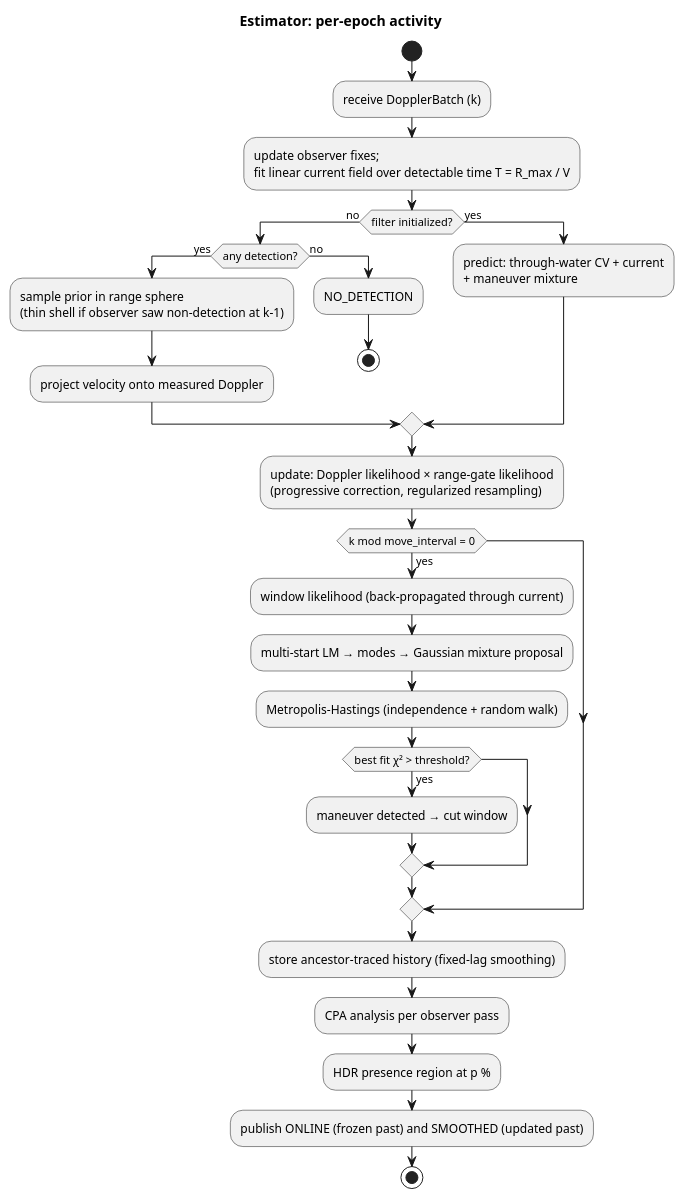
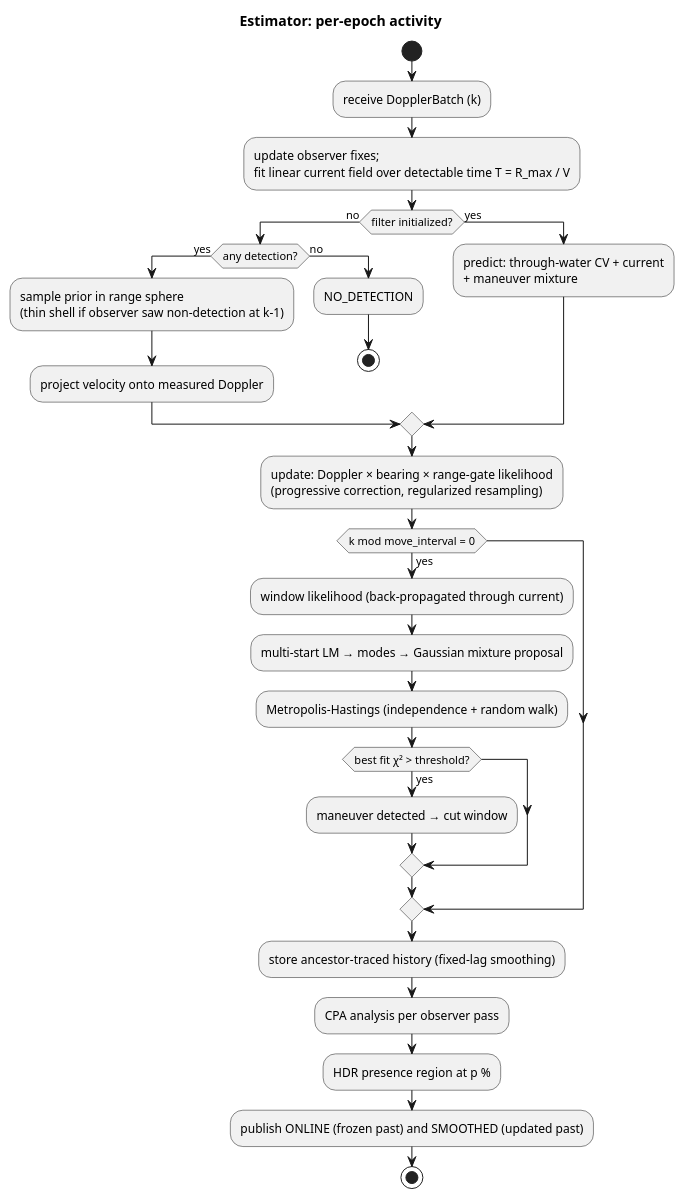
One commit to UeEmon/aqua-drift-simulator changed the diagram in docs/uml/estimation-activity.puml. Above: the diagram before and after it, drawn with PlantUML. The commit also changed 29 other files, not shown here.

```diff
--- a/docs/uml/estimation-activity.puml
+++ b/docs/uml/estimation-activity.puml
@@ -1,31 +1,31 @@
 @startuml
 title Estimator: per-epoch activity
 start
 :receive DopplerBatch (k);
 :update observer fixes;\nfit linear current field over detectable time T = R_max / V;
 if (filter initialized?) then (no)
   if (any detection?) then (yes)
     :sample prior in range sphere\n(thin shell if observer saw non-detection at k-1);
     :project velocity onto measured Doppler;
   else (no)
     :NO_DETECTION;
     stop
   endif
 else (yes)
   :predict: through-water CV + current\n+ maneuver mixture;
 endif
-:update: Doppler likelihood × range-gate likelihood\n(progressive correction, regularized resampling);
+:update: Doppler × bearing × range-gate likelihood\n(progressive correction, regularized resampling);
 if (k mod move_interval = 0) then (yes)
   :window likelihood (back-propagated through current);
   :multi-start LM → modes → Gaussian mixture proposal;
   :Metropolis-Hastings (independence + random walk);
   if (best fit χ² > threshold?) then (yes)
     :maneuver detected → cut window;
   endif
 endif
 :store ancestor-traced history (fixed-lag smoothing);
 :CPA analysis per observer pass;
 :HDR presence region at p %;
 :publish ONLINE (frozen past) and SMOOTHED (updated past);
 stop
 @enduml
```
